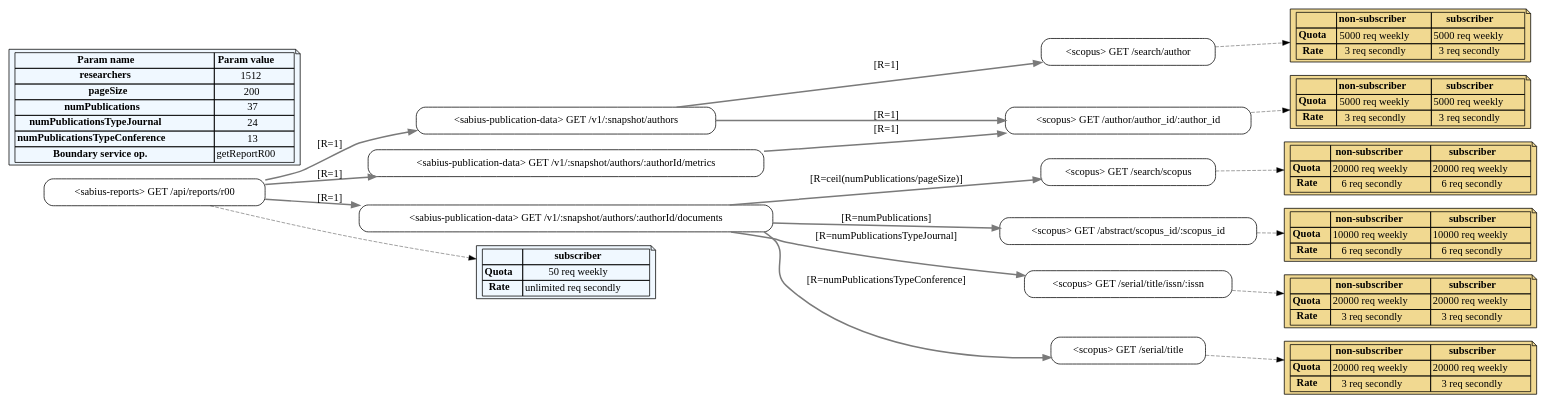
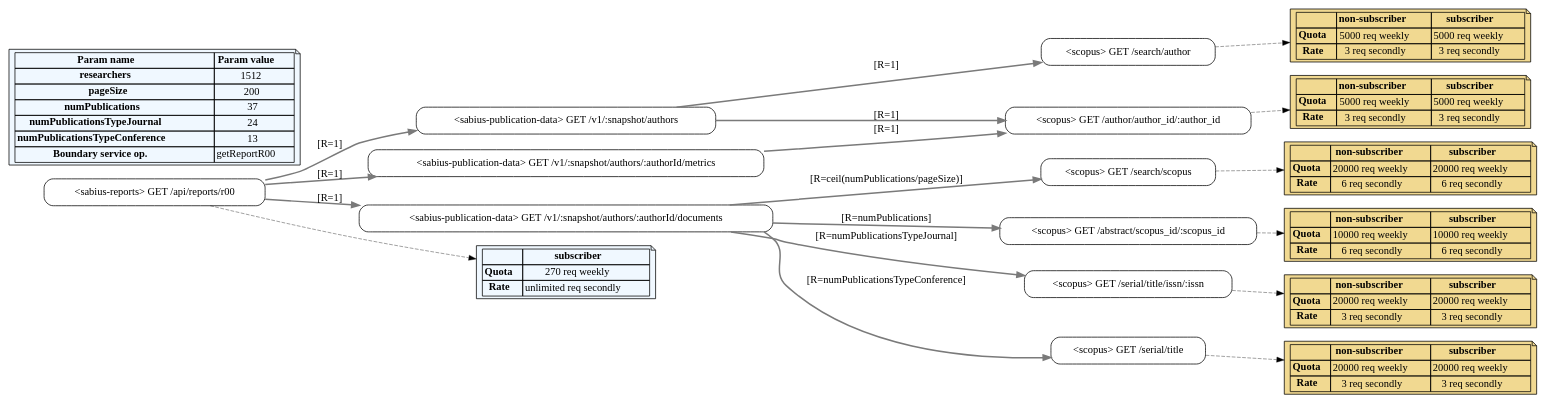
One commit to isa-group/governify-electra changed the diagram in src/backend/output/mapping-complex/mapping-complex.dot. Above: the diagram before and after it, drawn with Graphviz. The commit also changed 7 other files, not shown here.

```diff
--- a/src/backend/output/mapping-complex/mapping-complex.dot
+++ b/src/backend/output/mapping-complex/mapping-complex.dot
@@ -159,7 +159,7 @@
 </tr>
 <tr>
 <td><b>Quota</b></td>
-<td>50 req weekly</td>
+<td>270 req weekly</td>
 </tr>
 <tr>
 <td><b>Rate</b></td>
```
